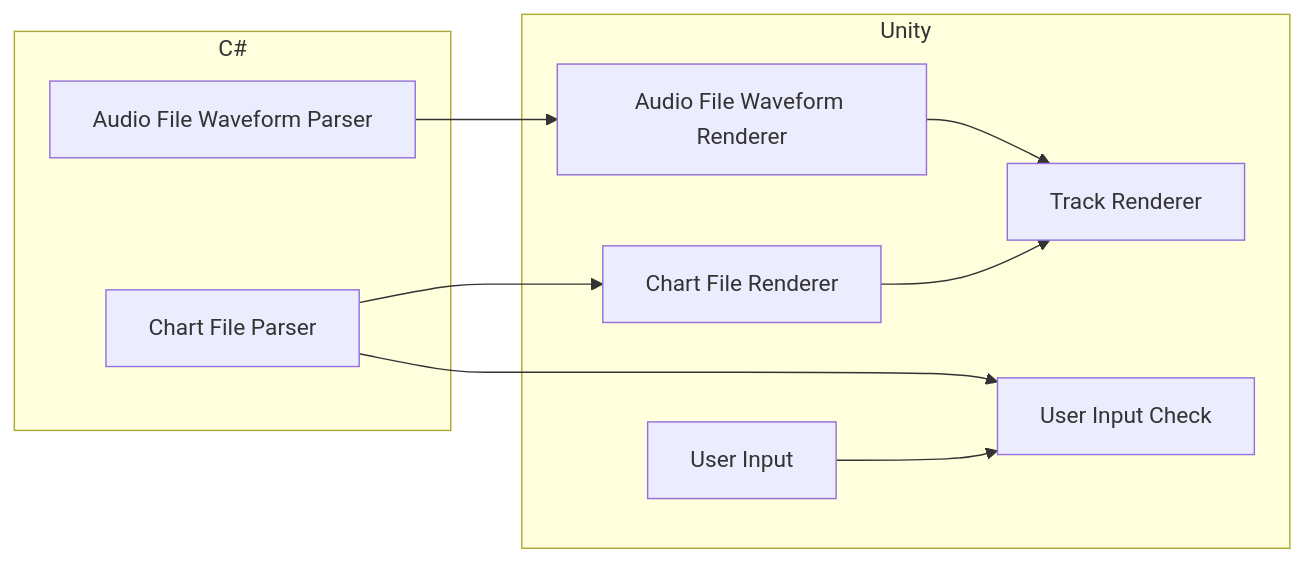
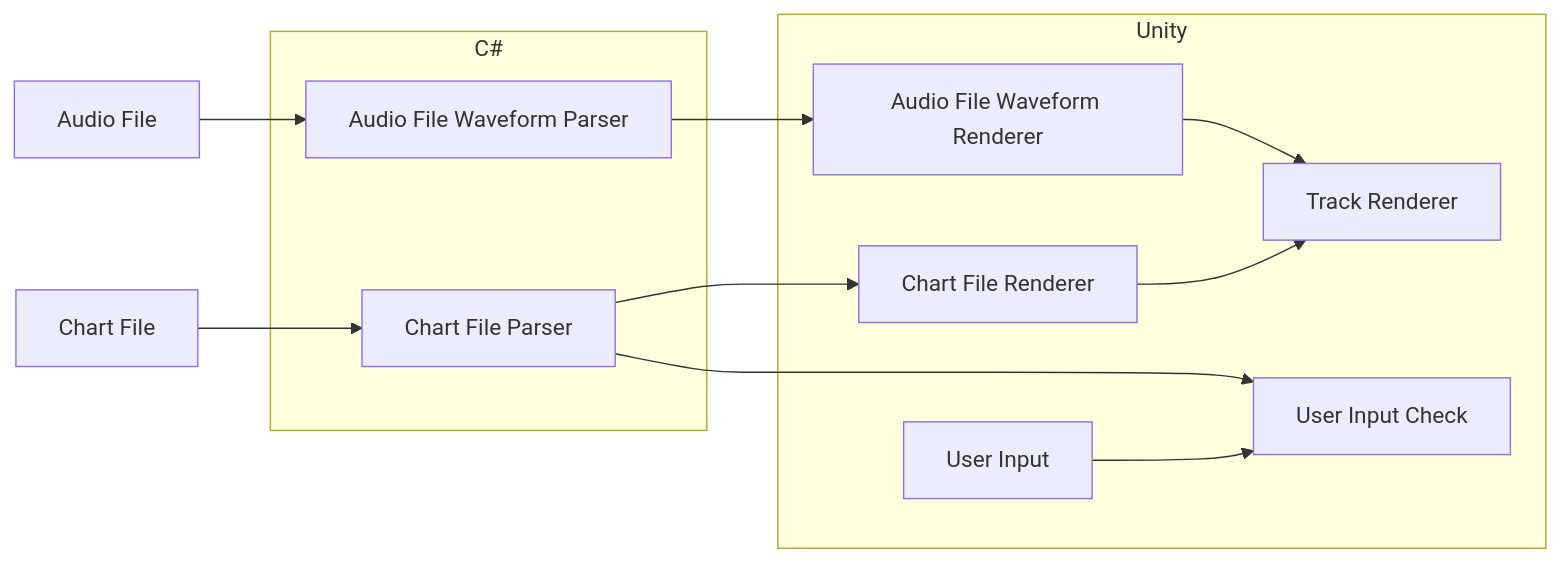
The diagram in case-study/rhythm-game-prototype.md (neogeek/scottdoxey.com), drawn with Mermaid before and after one commit.

````diff
--- a/case-study/rhythm-game-prototype.md
+++ b/case-study/rhythm-game-prototype.md
@@ -38,35 +38,40 @@
 ```mermaid
 graph LR;
+    chartFile["Chart File"]
     chartFileParser["Chart File Parser"]
     chartFileRender["Chart File Renderer"]
 
+    audioFile["Audio File"]
     audioFileWaveformParser["Audio File Waveform Parser"]
     audioFileWaveformRenderer["Audio File Waveform Renderer"]
 
     trackRenderer["Track Renderer"]
 
     userInput["User Input"]
     userInputCheck["User Input Check"]
 
     subgraph csharp ["C#"]
         chartFileParser
         audioFileWaveformParser
     end
 
     subgraph unity ["Unity"]
         chartFileRender
         audioFileWaveformRenderer
         trackRenderer
         userInput
         userInputCheck
     end
 
+    chartFile-->chartFileParser
+    audioFile-->audioFileWaveformParser
+
     chartFileParser-->chartFileRender
     audioFileWaveformParser-->audioFileWaveformRenderer
 
     chartFileRender-->trackRenderer
     audioFileWaveformRenderer-->trackRenderer
 
     userInput-->userInputCheck
     chartFileParser-->userInputCheck
 ```
````
